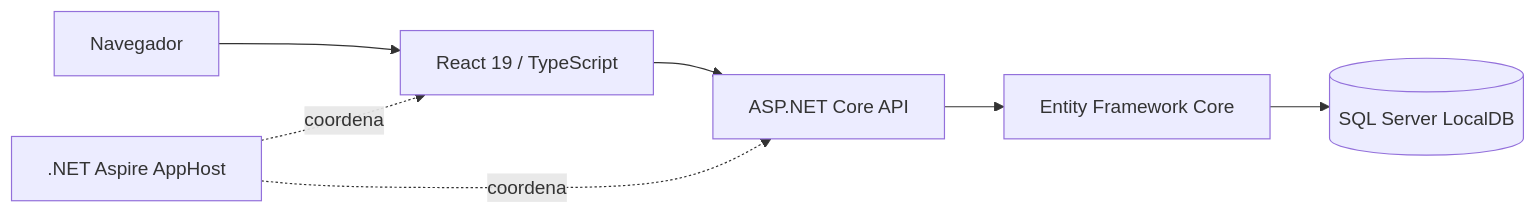
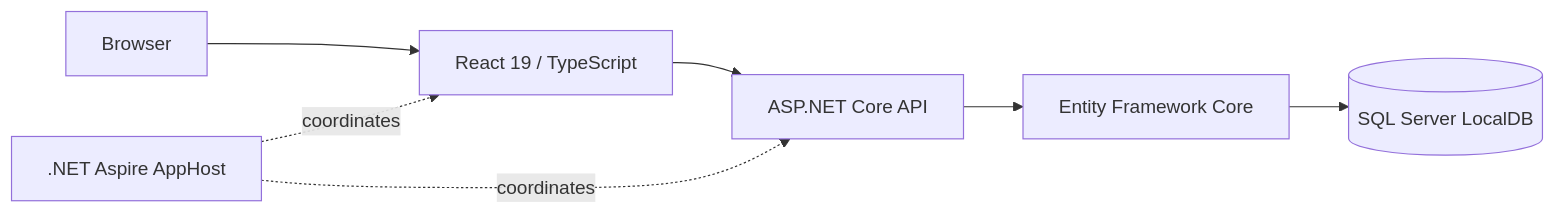
The diagram in README.md (RMBarros-Dev/Hydra-Digital-Shop), drawn with Mermaid before and after one commit. The commit also changed other lines of this file, not shown here.

````diff
--- a/README.md
+++ b/README.md
@@ -62,9 +62,9 @@
 ```mermaid
 flowchart LR
-  Browser[Navegador] --> React[React 19 / TypeScript]
+  Browser[Browser] --> React[React 19 / TypeScript]
   React --> API[ASP.NET Core API]
   API --> EF[Entity Framework Core]
   EF --> DB[(SQL Server LocalDB)]
-  Host[.NET Aspire AppHost] -. coordena .-> React
-  Host -. coordena .-> API
+  Host[.NET Aspire AppHost] -. coordinates .-> React
+  Host -. coordinates .-> API
 ```
````
